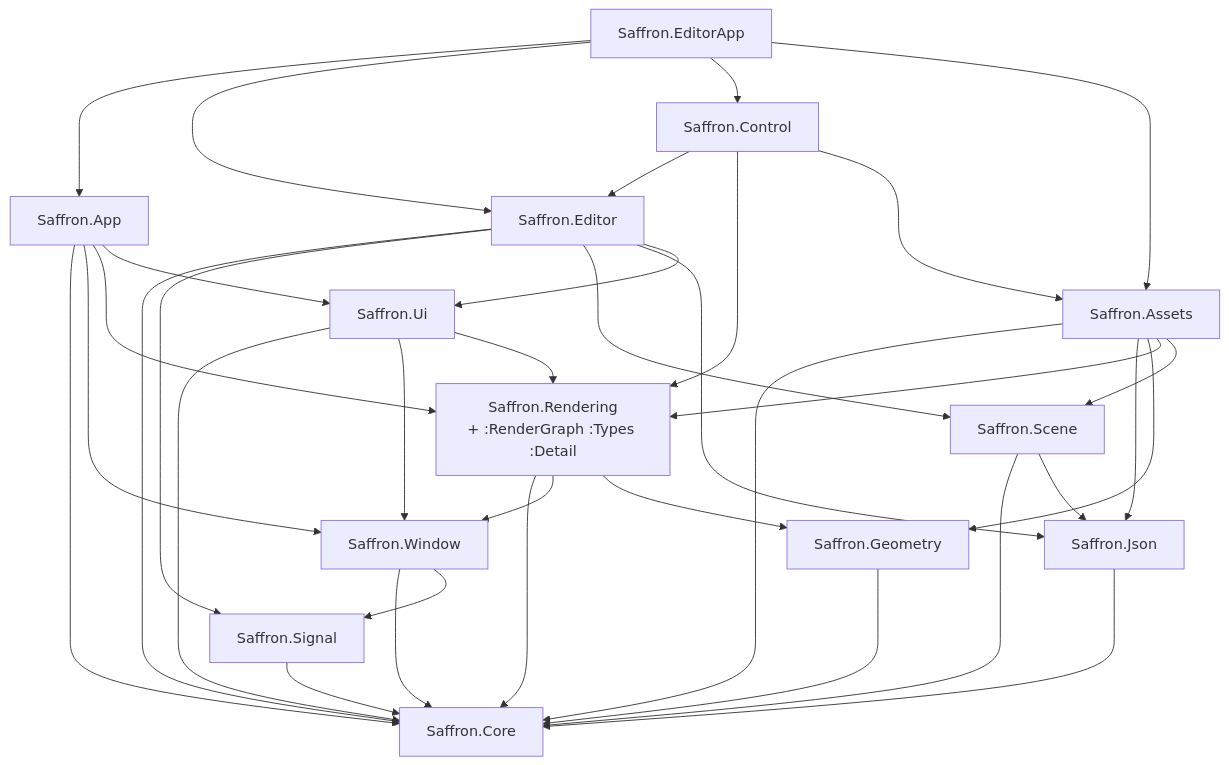
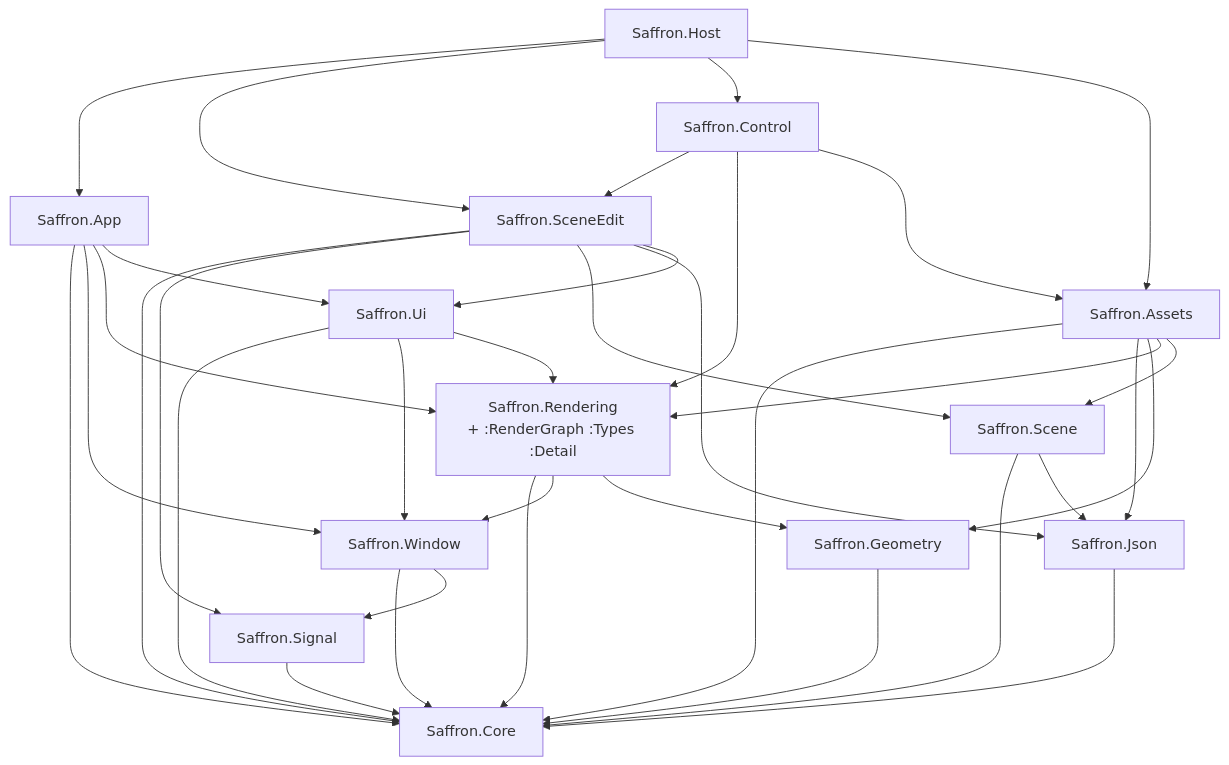
Before and after one commit to saffronjam/saffron-anima: the diagram in docs/content/explanations/architecture-and-conventions/module-dag.md, drawn with Mermaid. The commit also changed other lines of this file and 3 other files, not shown here.

First line of the commit message:
docs: update the architecture explanations for Host and SceneEdit

````diff
--- a/docs/content/explanations/architecture-and-conventions/module-dag.md
+++ b/docs/content/explanations/architecture-and-conventions/module-dag.md
@@ -17,51 +17,51 @@
 ```mermaid
 flowchart TD
     Core[Saffron.Core]
     Signal[Saffron.Signal]
     Json[Saffron.Json]
     Window[Saffron.Window]
     Geometry[Saffron.Geometry]
     Scene[Saffron.Scene]
     Rendering[Saffron.Rendering<br/>+ :RenderGraph :Types :Detail]
     Ui[Saffron.Ui]
     Assets[Saffron.Assets]
-    Editor[Saffron.Editor]
+    SceneEdit[Saffron.SceneEdit]
     Control[Saffron.Control]
     App[Saffron.App]
-    EditorApp[Saffron.EditorApp]
+    Host[Saffron.Host]
 
     Signal --> Core
     Json --> Core
     Window --> Core
     Window --> Signal
     Geometry --> Core
     Scene --> Core
     Scene --> Json
     Rendering --> Core
     Rendering --> Window
     Rendering --> Geometry
     Ui --> Core
     Ui --> Window
     Ui --> Rendering
     Assets --> Core
     Assets --> Json
     Assets --> Geometry
     Assets --> Rendering
     Assets --> Scene
-    Editor --> Core
-    Editor --> Signal
-    Editor --> Scene
-    Editor --> Json
-    Editor --> Ui
-    Control --> Editor
+    SceneEdit --> Core
+    SceneEdit --> Signal
+    SceneEdit --> Scene
+    SceneEdit --> Json
+    SceneEdit --> Ui
+    Control --> SceneEdit
     Control --> Rendering
     Control --> Assets
     App --> Core
     App --> Window
     App --> Rendering
     App --> Ui
-    EditorApp --> App
-    EditorApp --> Editor
-    EditorApp --> Control
-    EditorApp --> Assets
+    Host --> App
+    Host --> SceneEdit
+    Host --> Control
+    Host --> Assets
 ```
````
